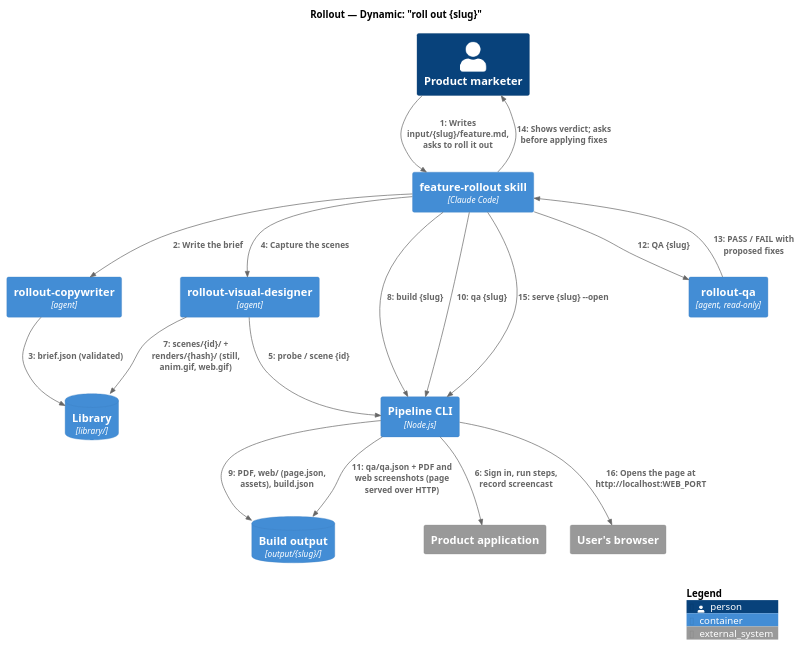
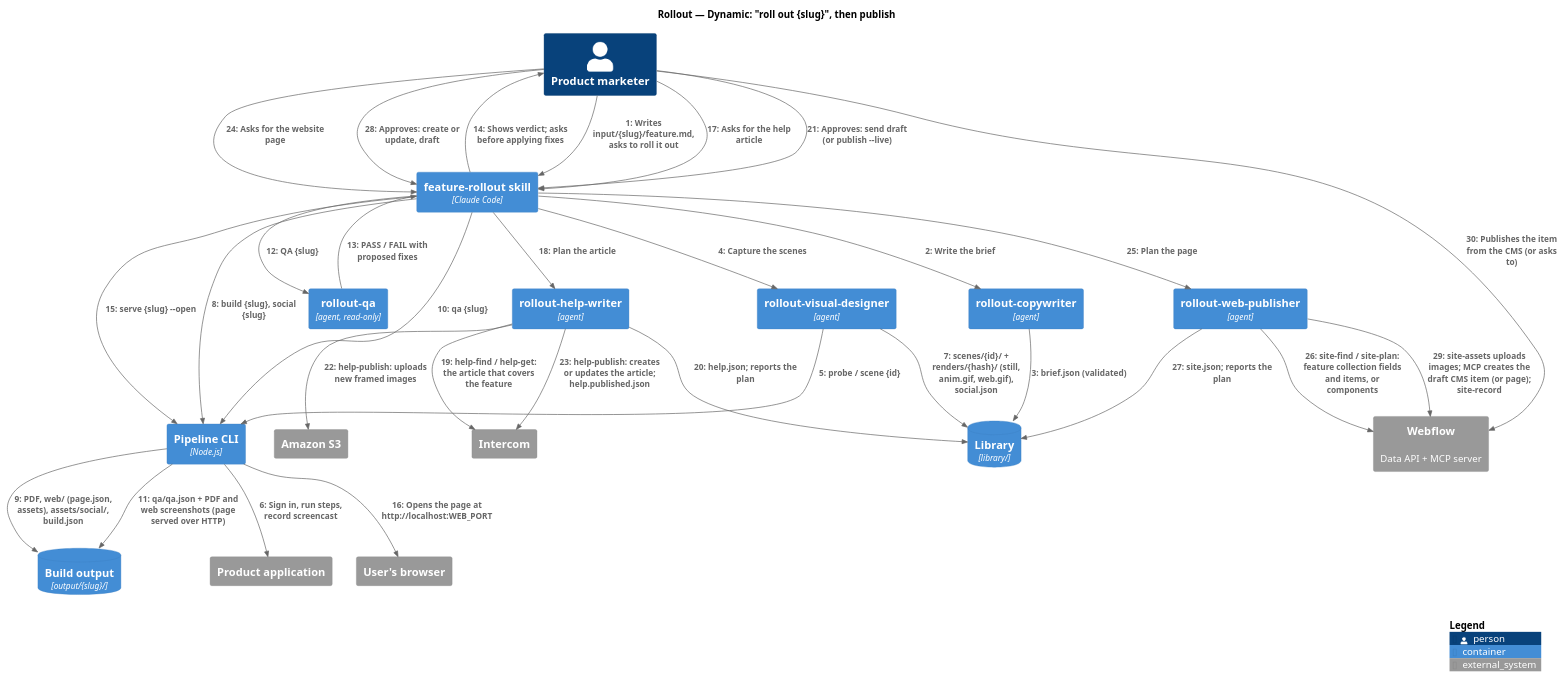
The diagram in docs/c4/4-dynamic-rollout.puml (ssunduko/rollout), drawn with PlantUML before and after one commit. The commit also changed 4 other files, not shown here.

First line of the commit message:
Add the help center, image store and website to the C4 diagrams

```diff
--- a/docs/c4/4-dynamic-rollout.puml
+++ b/docs/c4/4-dynamic-rollout.puml
@@ -1,38 +1,60 @@
 @startuml dynamic-rollout
-' C4 dynamic diagram — one rollout, from description to served page.
-' Approval gates (mutating captures, QA fixes) go through the person.
+' C4 dynamic diagram — one rollout, from description to served page, then
+' the help article and the website page, each only on request.
+' Approval gates (mutating captures, QA fixes, every publish) go through the person.
 ' Render: see docs/c4/README.md
 !include <C4/C4_Dynamic>
 
-title Rollout — Dynamic: "roll out {slug}"
+title Rollout — Dynamic: "roll out {slug}", then publish
 
 Person(author, "Product marketer")
 Container(skill, "feature-rollout skill", "Claude Code")
 Container(copywriter, "rollout-copywriter", "agent")
 Container(designer, "rollout-visual-designer", "agent")
 Container(cli, "Pipeline CLI", "Node.js")
 Container(qa_agent, "rollout-qa", "agent, read-only")
+Container(helpwriter, "rollout-help-writer", "agent")
+Container(webpublisher, "rollout-web-publisher", "agent")
 ContainerDb(library, "Library", "library/")
 ContainerDb(output, "Build output", "output/{slug}/")
 System_Ext(app, "Product application")
 System_Ext(browser, "User's browser")
+System_Ext(s3, "Amazon S3")
+System_Ext(intercom, "Intercom")
+System_Ext(webflow, "Webflow", "Data API + MCP server")
 
 Rel(author, skill, "Writes input/{slug}/feature.md, asks to roll it out")
 Rel(skill, copywriter, "Write the brief")
 Rel(copywriter, library, "brief.json (validated)")
 Rel(skill, designer, "Capture the scenes")
 Rel(designer, cli, "probe / scene {id}")
 Rel(cli, app, "Sign in, run steps, record screencast")
-Rel(designer, library, "scenes/{id}/ + renders/{hash}/ (still, anim.gif, web.gif)")
-Rel(skill, cli, "build {slug}")
-Rel(cli, output, "PDF, web/ (page.json, assets), build.json")
+Rel(designer, library, "scenes/{id}/ + renders/{hash}/ (still, anim.gif, web.gif), social.json")
+Rel(skill, cli, "build {slug}, social {slug}")
+Rel(cli, output, "PDF, web/ (page.json, assets), assets/social/, build.json")
 Rel(skill, cli, "qa {slug}")
 Rel(cli, output, "qa/qa.json + PDF and web screenshots (page served over HTTP)")
 Rel(skill, qa_agent, "QA {slug}")
 Rel(qa_agent, skill, "PASS / FAIL with proposed fixes")
 Rel(skill, author, "Shows verdict; asks before applying fixes")
 Rel(skill, cli, "serve {slug} --open")
 Rel(cli, browser, "Opens the page at http://localhost:WEB_PORT")
 
+Rel(author, skill, "Asks for the help article")
+Rel(skill, helpwriter, "Plan the article")
+Rel(helpwriter, intercom, "help-find / help-get: the article that covers the feature")
+Rel(helpwriter, library, "help.json; reports the plan")
+Rel(author, skill, "Approves: send draft (or publish --live)")
+Rel(helpwriter, s3, "help-publish: uploads new framed images")
+Rel(helpwriter, intercom, "help-publish: creates or updates the article; help.published.json")
+
+Rel(author, skill, "Asks for the website page")
+Rel(skill, webpublisher, "Plan the page")
+Rel(webpublisher, webflow, "site-find / site-plan: feature collection fields and items, or components")
+Rel(webpublisher, library, "site.json; reports the plan")
+Rel(author, skill, "Approves: create or update, draft")
+Rel(webpublisher, webflow, "site-assets uploads images; MCP creates the draft CMS item (or page); site-record")
+Rel(author, webflow, "Publishes the item from the CMS (or asks to)")
+
 SHOW_LEGEND()
 @enduml
```
